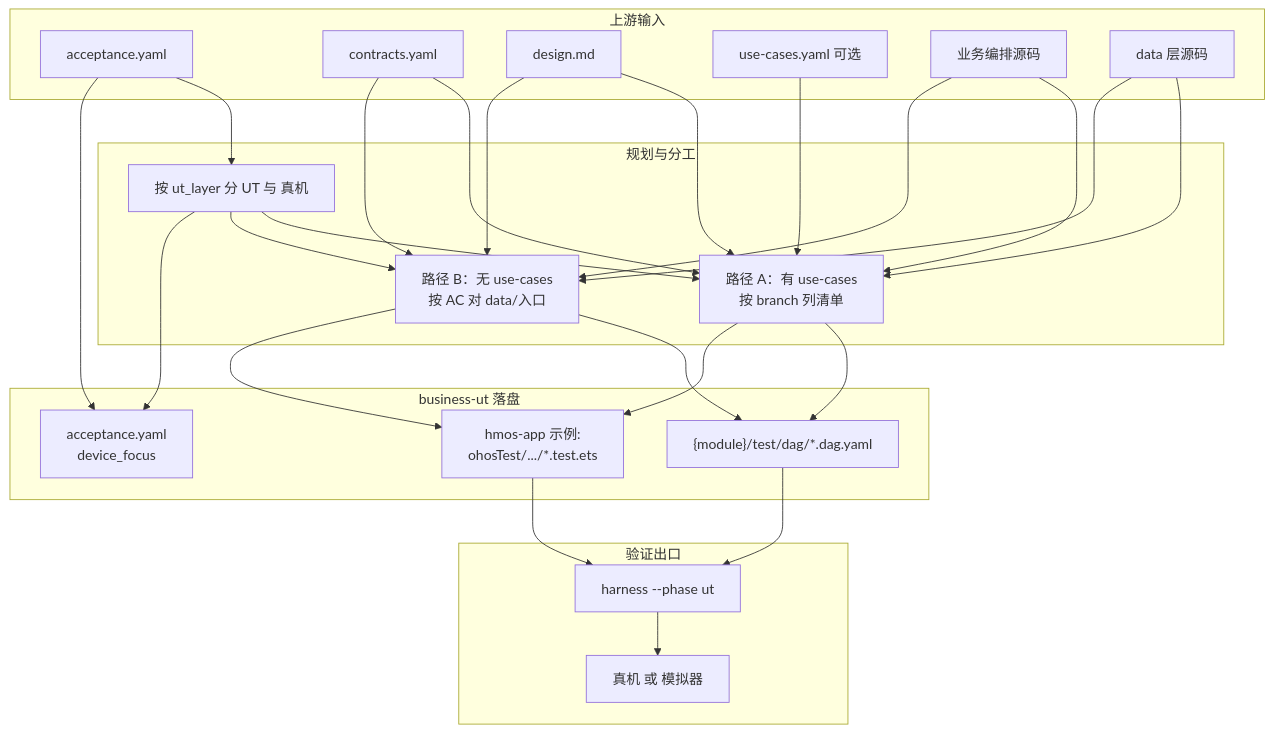
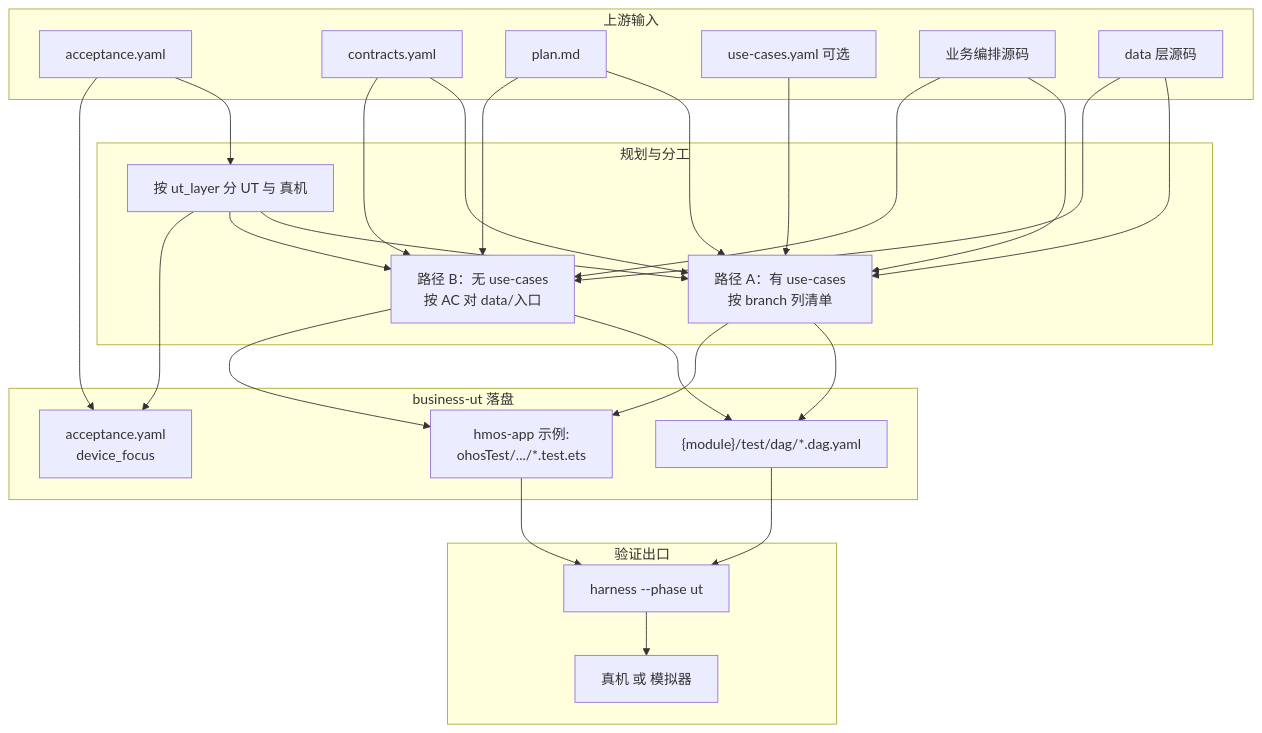
The fourth of 4 diagrams in docs/skills/business-ut.md (sqsqsq/agent-maison), drawn with Mermaid before and after one commit. The commit also changed other lines of this file and 51 other files, not shown here.

````diff
--- a/docs/skills/business-ut.md
+++ b/docs/skills/business-ut.md
@@ -245,50 +245,50 @@
 ```mermaid
 flowchart TD
   subgraph inputs [上游输入]
     acc["acceptance.yaml"]
     con["contracts.yaml"]
-    des["design.md"]
+    des["plan.md"]
     uc["use-cases.yaml 可选"]
     srcB["业务编排源码"]
     srcD["data 层源码"]
   end
 
   subgraph plan [规划与分工]
     split["按 ut_layer 分 UT 与 真机"]
     pathA["路径 A：有 use-cases<br/>按 branch 列清单"]
     pathB["路径 B：无 use-cases<br/>按 AC 对 data/入口"]
   end
 
   subgraph out [business-ut 落盘]
     dagF["{module}/test/dag/*.dag.yaml"]
     utF["hmos-app 示例:<br/>ohosTest/.../*.test.ets"]
     accDev["acceptance.yaml<br/>device_focus"]
   end
 
   subgraph gate [验证出口]
     utPhase["harness --phase ut"]
     device["真机 或 模拟器"]
   end
 
   acc --> split
   con --> pathA
   con --> pathB
   des --> pathA
   des --> pathB
   uc --> pathA
   srcB --> pathA
   srcB --> pathB
   srcD --> pathA
   srcD --> pathB
   split --> pathA
   split --> pathB
   pathA --> dagF
   pathB --> dagF
   pathA --> utF
   pathB --> utF
   acc --> accDev
   split --> accDev
   utF --> utPhase
   dagF --> utPhase
   utPhase --> device
 ```
````
